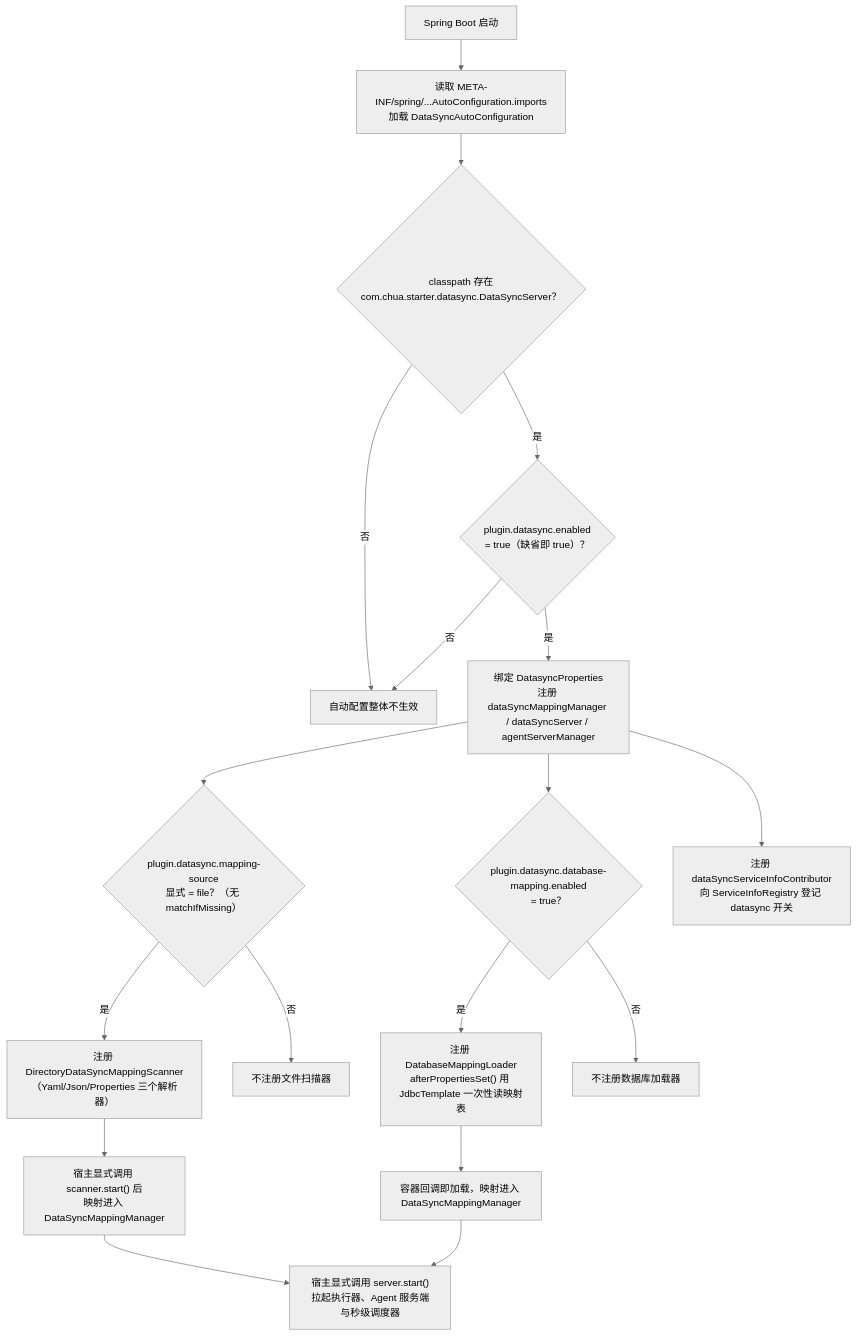
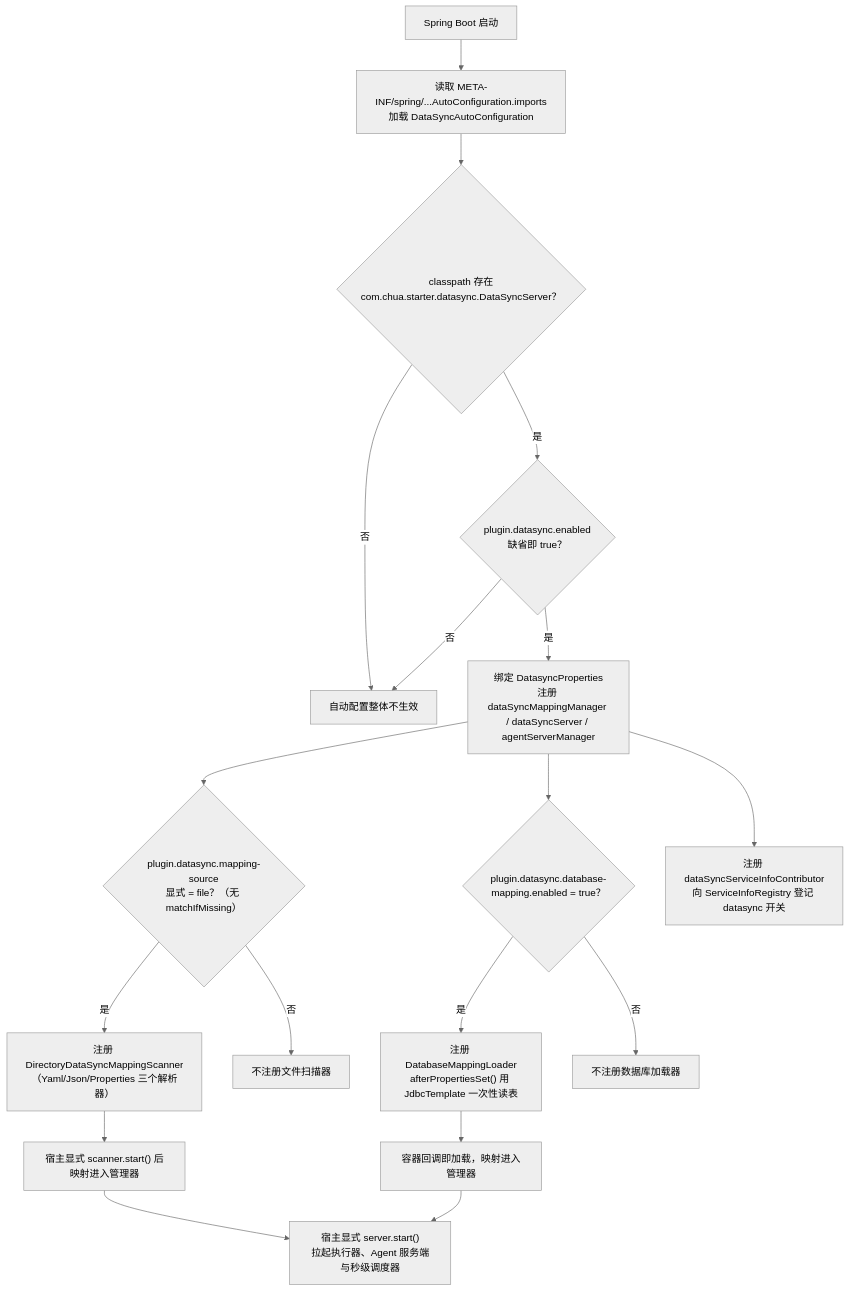
One commit to CHTK001/spring-support-parent-starter changed the second of 2 diagrams in spring-support-datasync-starter/README.md. Above: the diagram before and after it, drawn with Mermaid (neutral theme). The commit also changed other lines of this file and 54 other files, not shown here.

````diff
--- a/spring-support-datasync-starter/README.md
+++ b/spring-support-datasync-starter/README.md
@@ -107,20 +51,20 @@
 ```mermaid
 flowchart TD
     A["Spring Boot 启动"] --> B["读取 META-INF/spring/...AutoConfiguration.imports<br/>加载 DataSyncAutoConfiguration"]
     B --> C{"classpath 存在<br/>com.chua.starter.datasync.DataSyncServer？"}
     C -- 否 --> Z["自动配置整体不生效"]
-    C -- 是 --> D{"plugin.datasync.enabled<br/>= true（缺省即 true）？"}
+    C -- 是 --> D{"plugin.datasync.enabled<br/>缺省即 true？"}
     D -- 否 --> Z
     D -- 是 --> E["绑定 DatasyncProperties<br/>注册 dataSyncMappingManager / dataSyncServer / agentServerManager"]
     E --> F{"plugin.datasync.mapping-source<br/>显式 = file？（无 matchIfMissing）"}
     F -- 是 --> G["注册 DirectoryDataSyncMappingScanner<br/>（Yaml/Json/Properties 三个解析器）"]
     F -- 否 --> H["不注册文件扫描器"]
-    E --> I{"plugin.datasync.database-mapping.enabled<br/>= true？"}
-    I -- 是 --> J["注册 DatabaseMappingLoader<br/>afterPropertiesSet() 用 JdbcTemplate 一次性读映射表"]
+    E --> I{"plugin.datasync.database-mapping.enabled = true？"}
+    I -- 是 --> J["注册 DatabaseMappingLoader<br/>afterPropertiesSet() 用 JdbcTemplate 一次性读表"]
     I -- 否 --> K["不注册数据库加载器"]
     E --> L["注册 dataSyncServiceInfoContributor<br/>向 ServiceInfoRegistry 登记 datasync 开关"]
-    G --> M["宿主显式调用 scanner.start() 后<br/>映射进入 DataSyncMappingManager"]
-    J --> N["容器回调即加载，映射进入 DataSyncMappingManager"]
-    M --> O["宿主显式调用 server.start()<br/>拉起执行器、Agent 服务端与秒级调度器"]
+    G --> M["宿主显式 scanner.start() 后映射进入管理器"]
+    J --> N["容器回调即加载，映射进入管理器"]
+    M --> O["宿主显式 server.start()<br/>拉起执行器、Agent 服务端与秒级调度器"]
     N --> O
 ```
````
